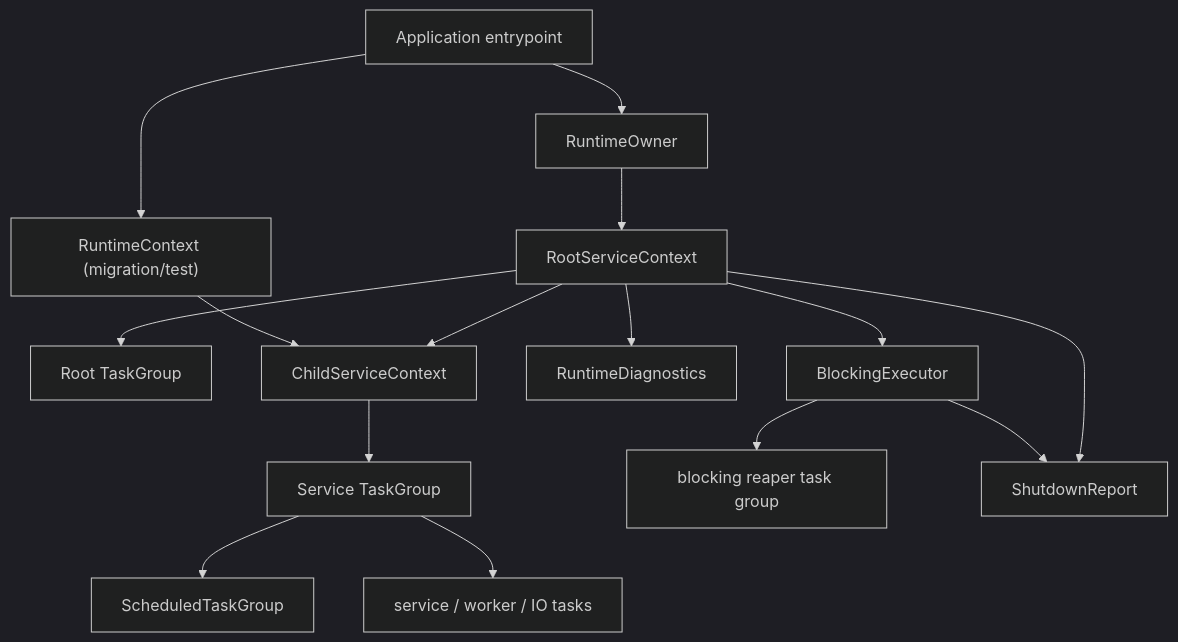
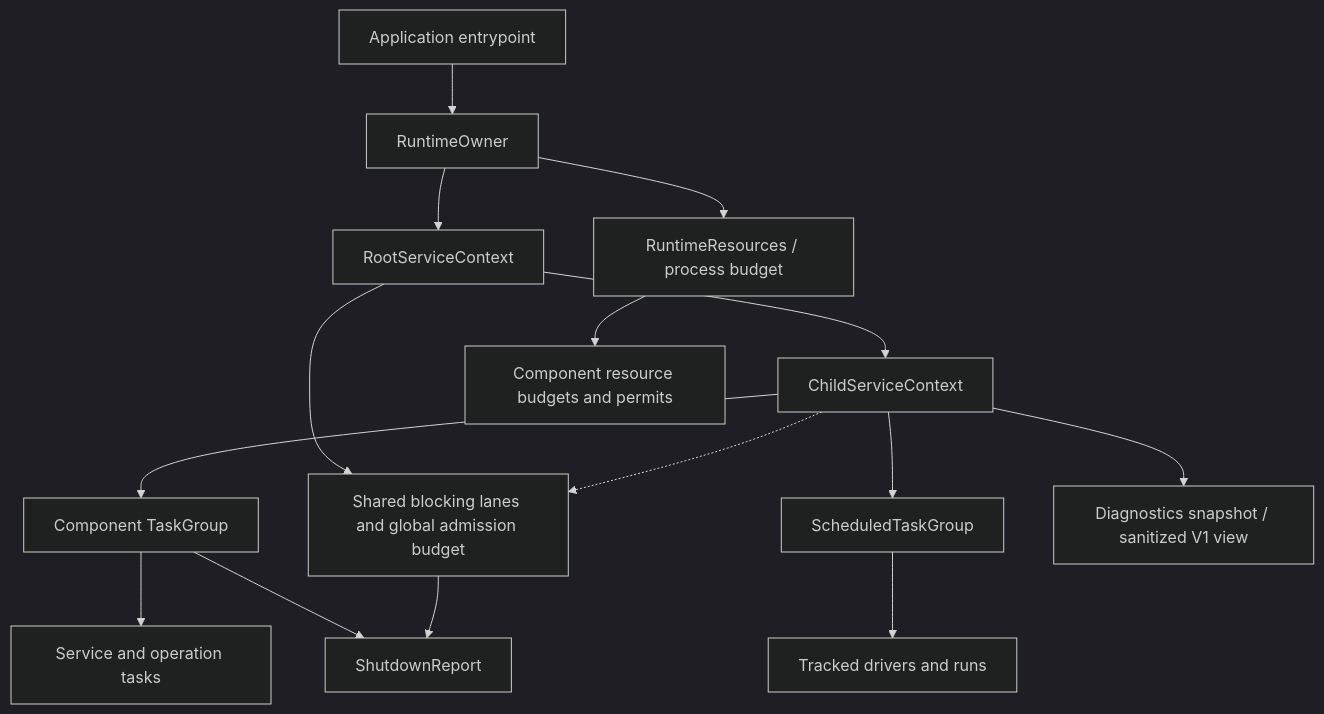
The diagram in rocketmq-runtime/README.md (mxsm/rocketmq-rust), drawn with Mermaid (dark theme) before and after one commit. The commit also changed other lines of this file and 1 other file, not shown here.

Commit message:
[ISSUE #10287]📝Align runtime READMEs with current APIs

````diff
--- a/rocketmq-runtime/README.md
+++ b/rocketmq-runtime/README.md
@@ -35,17 +22,17 @@
 ```mermaid
 flowchart TD
     Entry["Application entrypoint"] --> Owner["RuntimeOwner"]
-    Entry --> Current["RuntimeContext (migration/test)"]
     Owner --> Root["RootServiceContext"]
-    Root --> GroupRoot["Root TaskGroup"]
-    Root --> Blocking["BlockingExecutor"]
-    Root --> Diagnostics["RuntimeDiagnostics"]
     Root --> Service["ChildServiceContext"]
-    Current --> Service
-    Service --> Group["Service TaskGroup"]
-    Group --> Scheduled["ScheduledTaskGroup"]
-    Group --> Workers["service / worker / IO tasks"]
-    Blocking --> Reaper["blocking reaper task group"]
-    Root --> Report["ShutdownReport"]
+    Service --> Group["Component TaskGroup"]
+    Group --> Tasks["Service and operation tasks"]
+    Service --> Scheduled["ScheduledTaskGroup"]
+    Scheduled --> Jobs["Tracked drivers and runs"]
+    Root --> Blocking["Shared blocking lanes and global admission budget"]
+    Service -.-> Blocking
+    Owner --> Resources["RuntimeResources / process budget"]
+    Resources --> Budgets["Component resource budgets and permits"]
+    Group --> Report["ShutdownReport"]
     Blocking --> Report
+    Service --> Diagnostics["Diagnostics snapshot / sanitized V1 view"]
 ```
````
